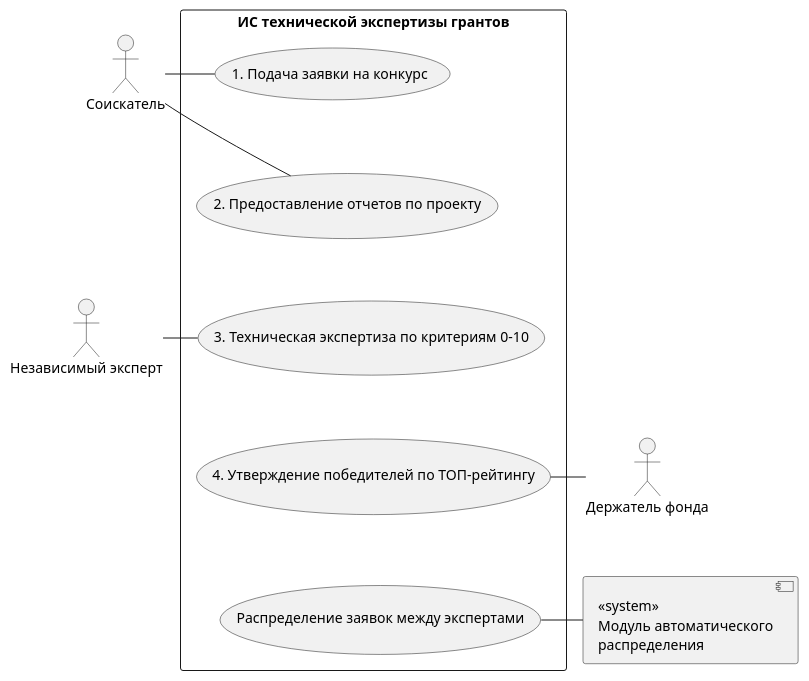
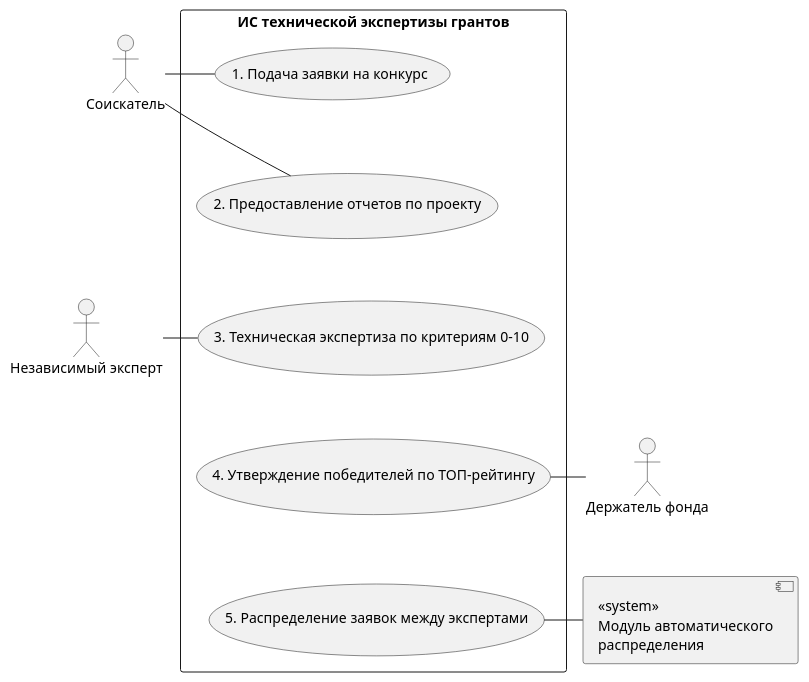
The diagram in диаграмма прецедентов.md (penamarth/bsbo-10-24_team4_var9_techexp), drawn with PlantUML before and after one commit.

Commit message:
поправка в сценарии диаграммы прецедентов

````diff
--- a/диаграмма прецедентов.md
+++ b/диаграмма прецедентов.md
@@ -3,33 +3,32 @@
 ```plantuml
 @startuml
 skinparam packageStyle rect
 
 package "ИС технической экспертизы грантов" {
   (1. Подача заявки на конкурс) as submit
   (2. Предоставление отчетов по проекту) as reports_submit
   (3. Техническая экспертиза по критериям 0-10) as review
   (4. Утверждение победителей по ТОП-рейтингу) as approve
-  (Распределение заявок между экспертами) as distribute
+  (5. Распределение заявок между экспертами) as distribute
 
   submit -down[hidden]-> reports_submit
   reports_submit -down[hidden]-> review
   review -down[hidden]-> approve
   approve -down[hidden]-> distribute
 }
 
 :Соискатель: as applicant
 :Независимый эксперт: as expert
 :Держатель фонда: as manager
 
 component "«system»\nМодуль автоматического\nраспределения" as sys_distributor
 
 submit -left-- applicant
 reports_submit -left-- applicant
 
 review -left-- expert
 
 approve -right-- manager
 distribute -right-- sys_distributor
-
 @endum
 ```
````
